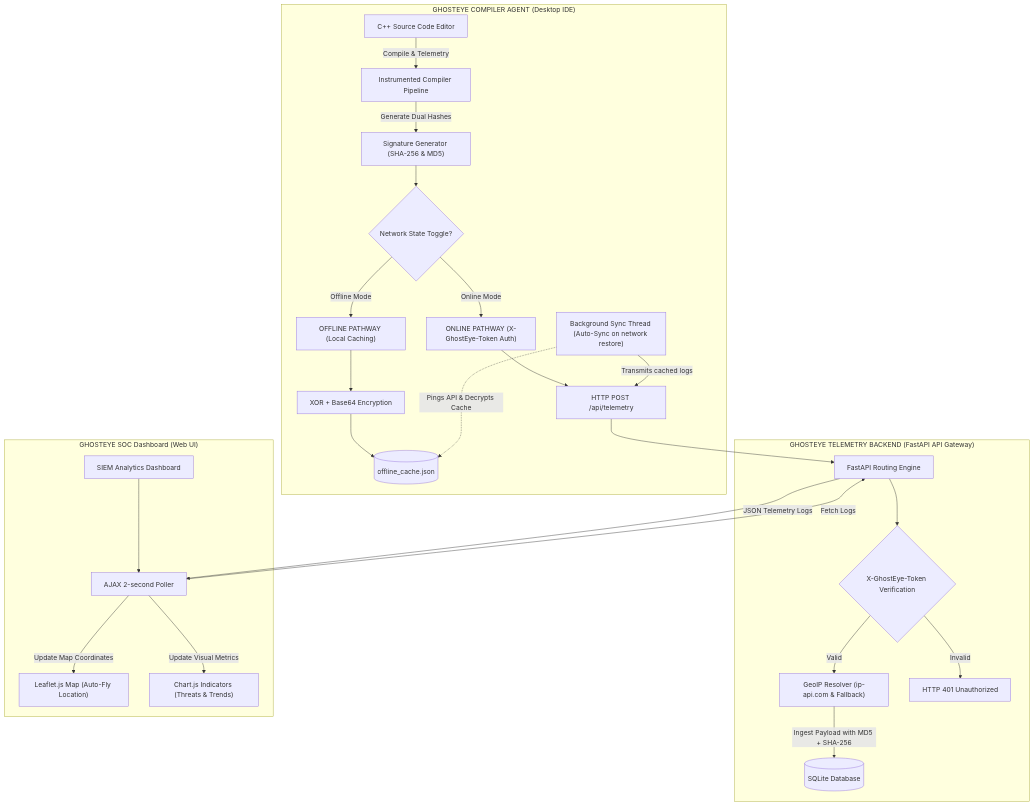
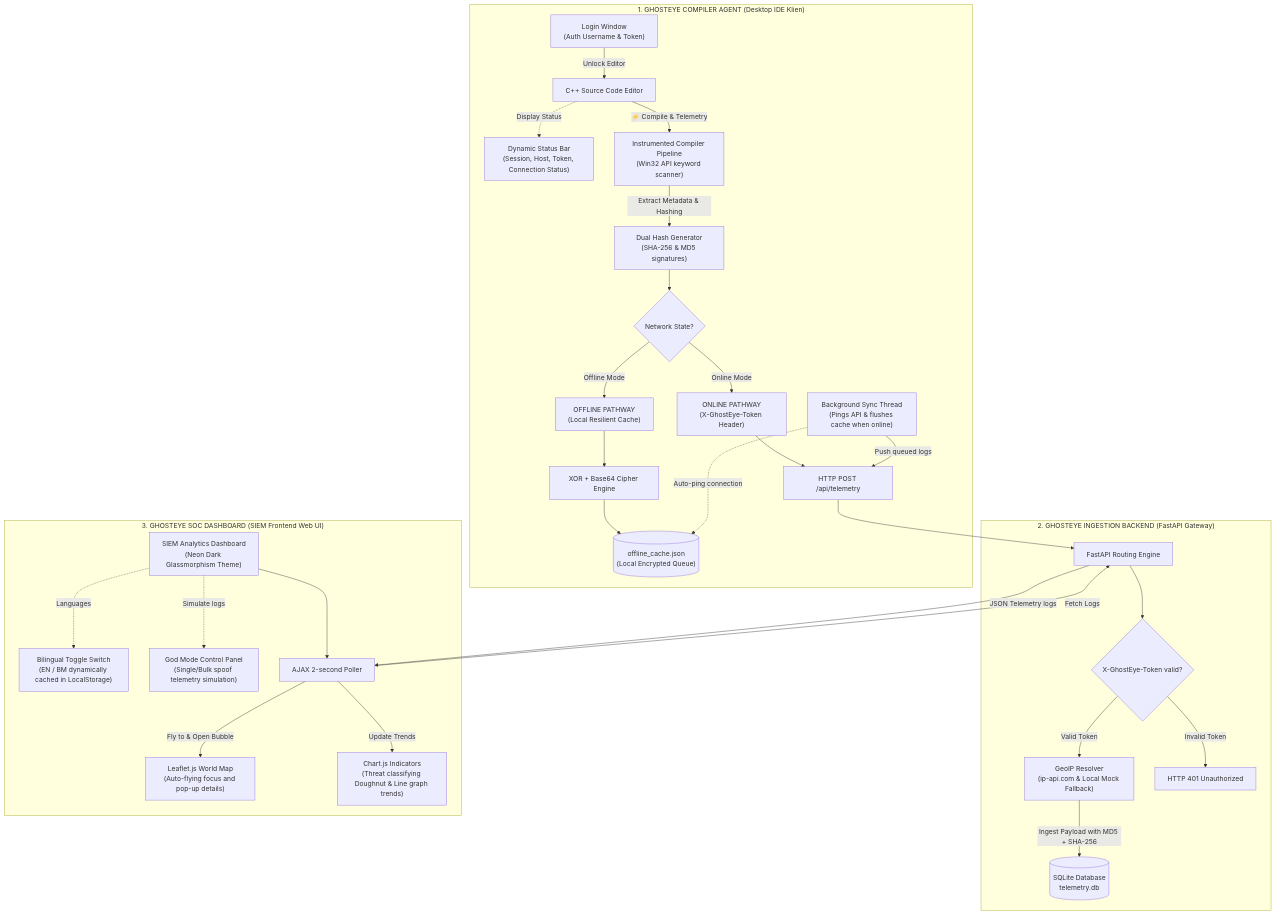
One commit to yamanisofyan2/ghost-eye changed the diagram in PROPOSAL.md. Above: the diagram before and after it, drawn with Mermaid. The commit also changed 2 other files, not shown here.

Commit message:
Update systems architecture diagram flowchart inside README and PROPOSAL and embed the visual image inside the compiled PROPOSAL.docx

````diff
--- a/PROPOSAL.md
+++ b/PROPOSAL.md
@@ -41,60 +41,70 @@
 ```mermaid
 flowchart TD
-    subgraph Client ["GHOSTEYE COMPILER AGENT (Desktop IDE)"]
+    subgraph Client ["1. GHOSTEYE COMPILER AGENT (Desktop IDE Klien)"]
+        Login["Login Window<br>(Auth Username & Token)"]
         IDE["C++ Source Code Editor"]
-        Compiler["Instrumented Compiler Pipeline"]
-        HashGen["Signature Generator (SHA-256 & MD5)"]
-        NetState{"Network State Toggle?"}
+        StatusBar["Dynamic Status Bar<br>(Session, Host, Token, Connection Status)"]
+        
+        Compiler["Instrumented Compiler Pipeline<br>(Win32 API keyword scanner)"]
+        HashGen["Dual Hash Generator<br>(SHA-256 & MD5 signatures)"]
+        
+        NetState{"Network State?"}
         
         %% Online Path
-        OnlinePath["ONLINE PATHWAY (X-GhostEye-Token Auth)"]
+        OnlinePath["ONLINE PATHWAY<br>(X-GhostEye-Token Header)"]
         HTTPPost["HTTP POST /api/telemetry"]
         
         %% Offline Path
-        OfflinePath["OFFLINE PATHWAY (Local Caching)"]
-        EncryptXOR["XOR + Base64 Encryption"]
-        CacheFile[("offline_cache.json")]
-        SyncThread["Background Sync Thread (Auto-Sync on network restore)"]
+        OfflinePath["OFFLINE PATHWAY<br>(Local Resilient Cache)"]
+        EncryptXOR["XOR + Base64 Cipher Engine"]
+        CacheFile[("offline_cache.json<br>(Local Encrypted Queue)")]
+        SyncThread["Background Sync Thread<br>(Pings API & flushes cache when online)"]
 
-        IDE -->|Compile & Telemetry| Compiler
-        Compiler -->|Generate Dual Hashes| HashGen
+        Login -->|Unlock Editor| IDE
+        IDE -->|⚡ Compile & Telemetry| Compiler
+        IDE -.->|Display Status| StatusBar
+        Compiler -->|Extract Metadata & Hashing| HashGen
         HashGen --> NetState
         
-        %% Online Routing
+        %% Online
         NetState -->|Online Mode| OnlinePath
         OnlinePath --> HTTPPost
         
-        %% Offline Routing
+        %% Offline
         NetState -->|Offline Mode| OfflinePath
         OfflinePath --> EncryptXOR
         EncryptXOR --> CacheFile
-        SyncThread -.->|Pings API & Decrypts Cache| CacheFile
-        SyncThread -->|Transmits cached logs| HTTPPost
+        SyncThread -.->|Auto-ping connection| CacheFile
+        SyncThread -->|Push queued logs| HTTPPost
     end
 
-    subgraph Server ["GHOSTEYE TELEMETRY BACKEND (FastAPI API Gateway)"]
+    subgraph Server ["2. GHOSTEYE INGESTION BACKEND (FastAPI Gateway)"]
         API["FastAPI Routing Engine"]
-        TokenAuth{"X-GhostEye-Token Verification"}
-        GeoIP["GeoIP Resolver (ip-api.com & Fallback)"]
-        DB[(SQLite Database)]
+        TokenAuth{"X-GhostEye-Token valid?"}
+        GeoIP["GeoIP Resolver<br>(ip-api.com & Local Mock Fallback)"]
+        DB[(SQLite Database<br>telemetry.db)]
 
         HTTPPost --> API
         API --> TokenAuth
-        TokenAuth -->|Valid| GeoIP
-        TokenAuth -->|Invalid| HTTP401["HTTP 401 Unauthorized"]
+        TokenAuth -->|Valid Token| GeoIP
+        TokenAuth -->|Invalid Token| HTTP401["HTTP 401 Unauthorized"]
         GeoIP -->|Ingest Payload with MD5 + SHA-256| DB
     end
 
-    subgraph SIEM ["GHOSTEYE SOC Dashboard (Web UI)"]
-        Dashboard["SIEM Analytics Dashboard"]
-        LeafletMap["Leaflet.js Map (Auto-Fly Location)"]
-        Charts["Chart.js Indicators (Threats & Trends)"]
+    subgraph SIEM ["3. GHOSTEYE SOC DASHBOARD (SIEM Frontend Web UI)"]
+        Dashboard["SIEM Analytics Dashboard<br>(Neon Dark Glassmorphism Theme)"]
+        LangToggle["Bilingual Toggle Switch<br>(EN / BM dynamically cached in LocalStorage)"]
+        LeafletMap["Leaflet.js World Map<br>(Auto-flying focus and pop-up details)"]
+        Charts["Chart.js Indicators<br>(Threat classifying Doughnut & Line graph trends)"]
+        GodMode["God Mode Control Panel<br>(Single/Bulk spoof telemetry simulation)"]
         Poller["AJAX 2-second Poller"]
 
         Poller -->|Fetch Logs| API
-        API -->|JSON Telemetry Logs| Poller
-        Poller -->|Update Map Coordinates| LeafletMap
-        Poller -->|Update Visual Metrics| Charts
+        API -->|JSON Telemetry logs| Poller
         Dashboard --> Poller
+        Dashboard -.->|Languages| LangToggle
+        Dashboard -.->|Simulate logs| GodMode
+        Poller -->|Fly to & Open Bubble| LeafletMap
+        Poller -->|Update Trends| Charts
     end
 ```
````
